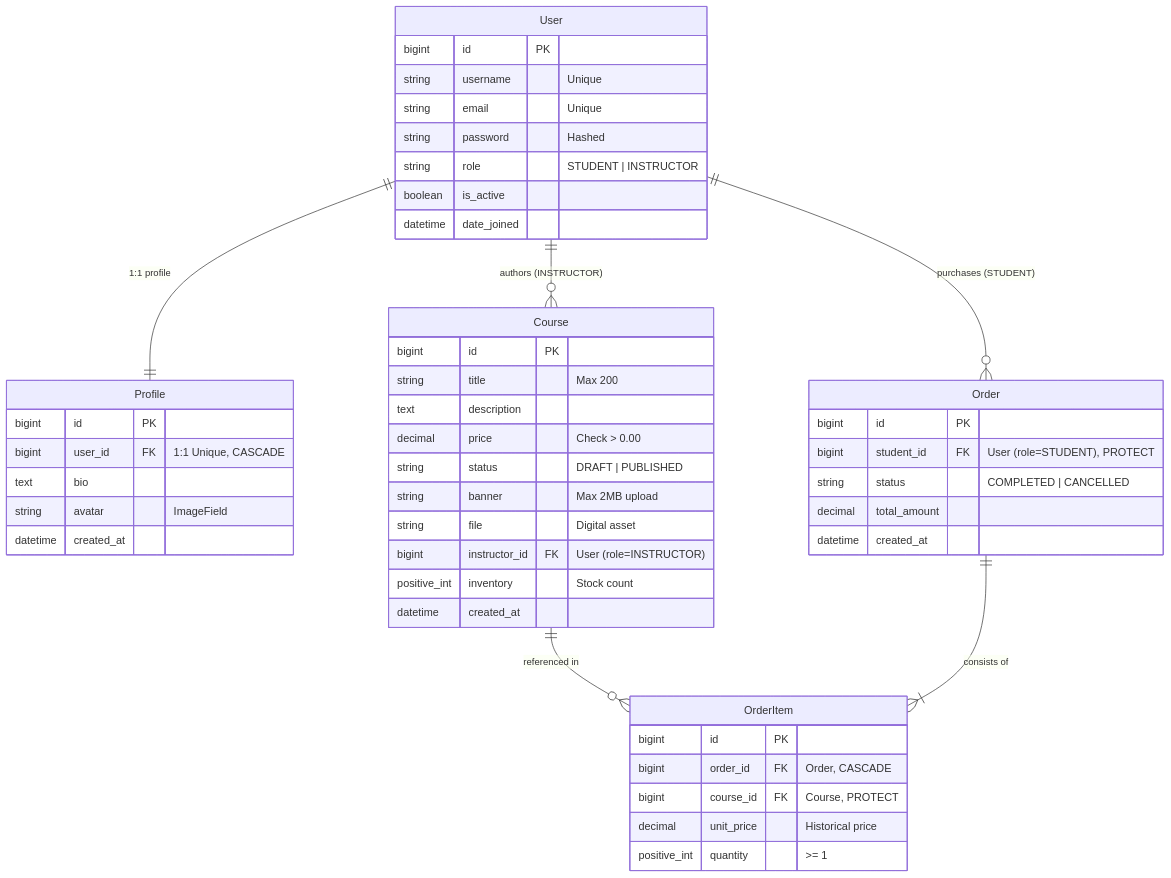
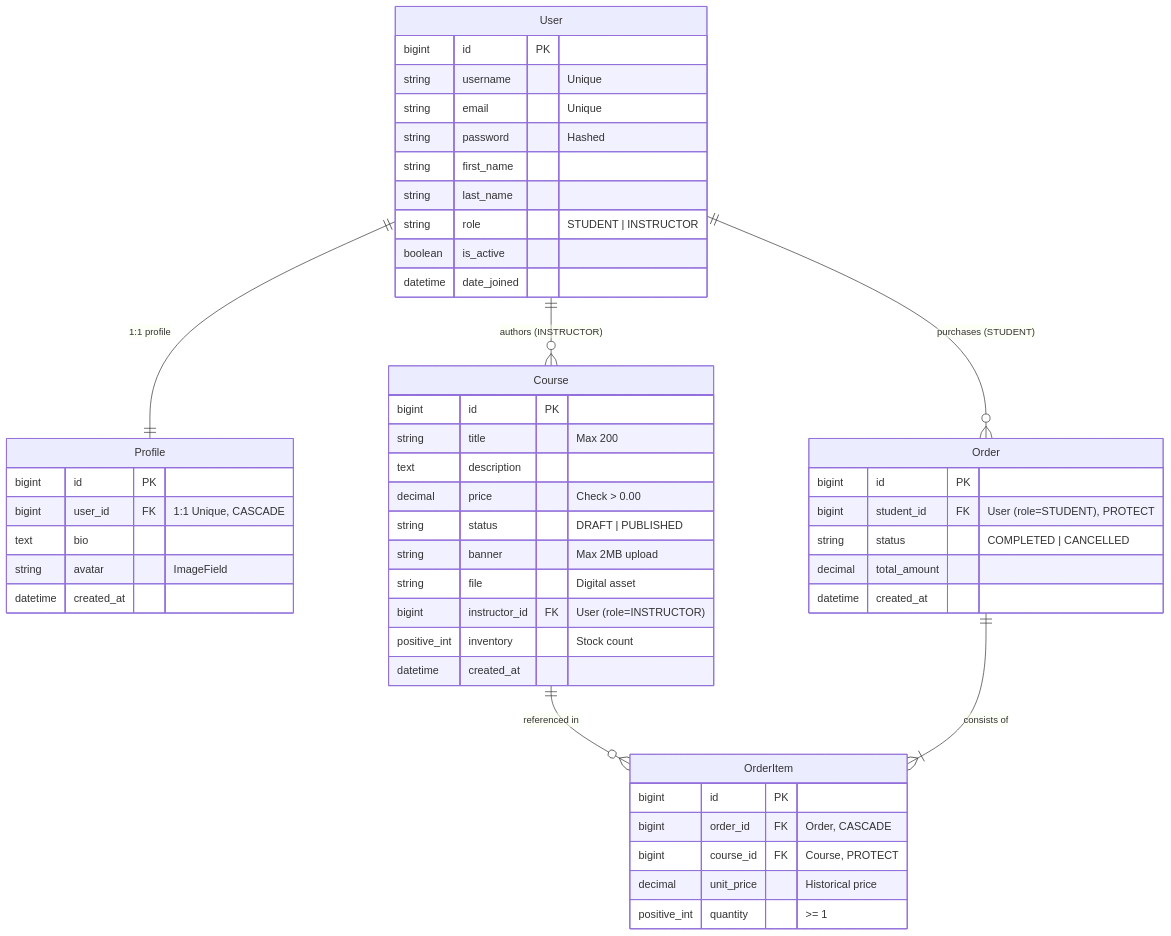
The second of 4 diagrams in README.md (BarunMahato/DigitalMarketplace), drawn with Mermaid before and after one commit.

Commit message:
docs: add first_name and last_name to User ERD in README

````diff
--- a/README.md
+++ b/README.md
@@ -214,55 +214,57 @@
 ```mermaid
 erDiagram
     User ||--|| Profile : "1:1 profile"
     User ||--o{ Course : "authors (INSTRUCTOR)"
     User ||--o{ Order : "purchases (STUDENT)"
     Course ||--o{ OrderItem : "referenced in"
     Order ||--|{ OrderItem : "consists of"
 
     User {
         bigint id PK
         string username "Unique"
         string email "Unique"
         string password "Hashed"
+        string first_name
+        string last_name
         string role "STUDENT | INSTRUCTOR"
         boolean is_active
         datetime date_joined
     }
 
     Profile {
         bigint id PK
         bigint user_id FK "1:1 Unique, CASCADE"
         text bio
         string avatar "ImageField"
         datetime created_at
     }
 
     Course {
         bigint id PK
         string title "Max 200"
         text description
         decimal price "Check > 0.00"
         string status "DRAFT | PUBLISHED"
         string banner "Max 2MB upload"
         string file "Digital asset"
         bigint instructor_id FK "User (role=INSTRUCTOR)"
         positive_int inventory "Stock count"
         datetime created_at
     }
 
     Order {
         bigint id PK
         bigint student_id FK "User (role=STUDENT), PROTECT"
         string status "COMPLETED | CANCELLED"
         decimal total_amount
         datetime created_at
     }
 
     OrderItem {
         bigint id PK
         bigint order_id FK "Order, CASCADE"
         bigint course_id FK "Course, PROTECT"
         decimal unit_price "Historical price"
         positive_int quantity ">= 1"
     }
 ```
````
